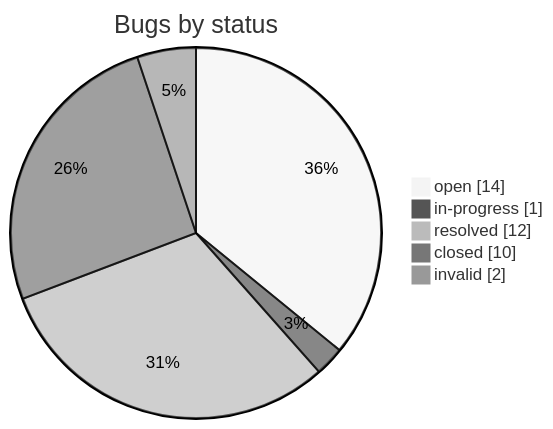
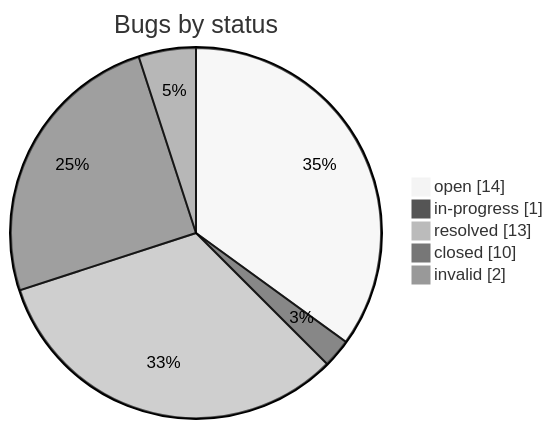
One commit to iammaxsu/automatic-testing-architecture changed the second of 2 diagrams in STATUS.md. Above: the diagram before and after it, drawn with Mermaid (neutral theme). The commit also changed other lines of this file and 3 other files, not shown here.

````diff
--- a/STATUS.md
+++ b/STATUS.md
@@ -166,8 +166,8 @@
 ```mermaid
 pie showData title Bugs by status
     "open" : 14
     "in-progress" : 1
-    "resolved" : 12
+    "resolved" : 13
     "closed" : 10
     "invalid" : 2
 ```
````
